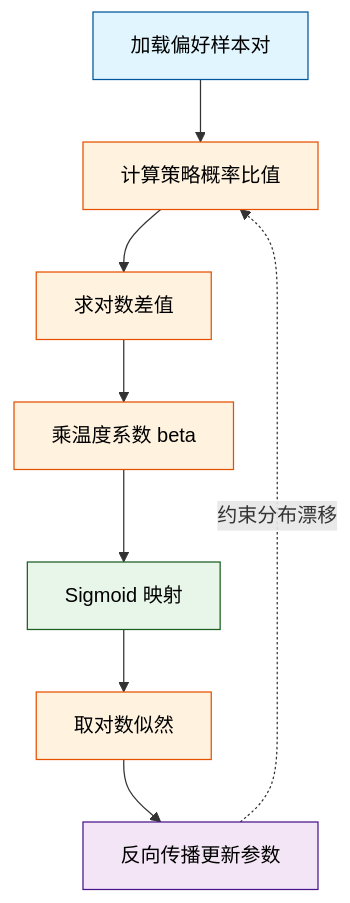
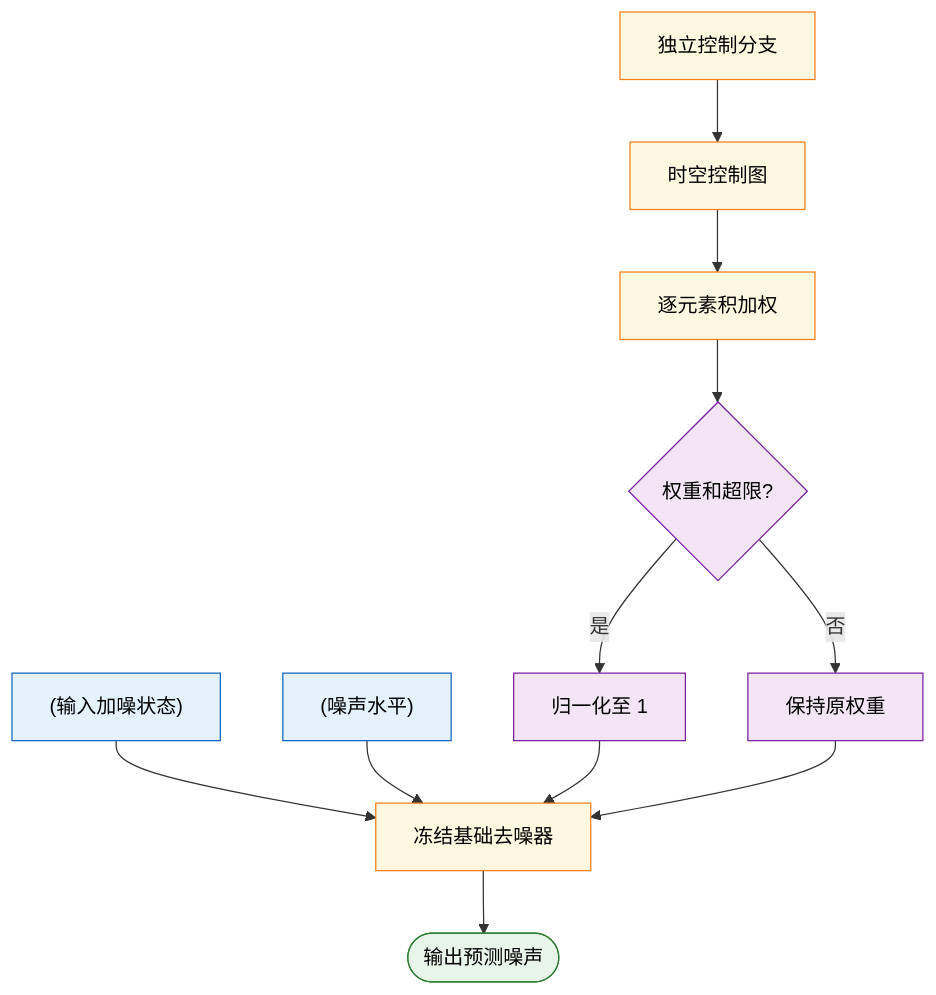
One commit to ShinewineW/paper-rolling changed the fifth of 11 diagrams in person_vault/2026-06-07_CosmosTransfer1_2503.14492/report.md. Above: the diagram before and after it, drawn with Mermaid. The commit also changed other lines of this file and 51 other files, not shown here.

````diff
--- a/person_vault/2026-06-07_CosmosTransfer1_2503.14492/report.md
+++ b/person_vault/2026-06-07_CosmosTransfer1_2503.14492/report.md
@@ -154,17 +246,18 @@
 ```mermaid
 flowchart TD
-    classDef data fill:#e1f5fe,stroke:#01579b,color:#000;
-    classDef process fill:#fff3e0,stroke:#e65100,color:#000;
-    classDef decision fill:#e8f5e9,stroke:#1b5e20,color:#000;
-    classDef output fill:#f3e5f5,stroke:#4a148c,color:#000;
+    classDef data fill:#e3f2fd,color:#000,stroke:#1565c0
+    classDef process fill:#fff8e1,color:#000,stroke:#f57f17
+    classDef decision fill:#f3e5f5,color:#000,stroke:#7b1fa2
+    classDef output fill:#e8f5e9,color:#000,stroke:#2e7d32
 
-    sample_pair["加载偏好样本对"]:::data --> calc_ratio["计算策略概率比值"]:::process
-    calc_ratio --> diff_logit["求对数差值"]:::process
-    diff_logit --> scale_beta["乘温度系数 beta"]:::process
-    scale_beta --> sigmoid_gate["Sigmoid 映射"]:::decision
-    sigmoid_gate --> log_loss["取对数似然"]:::process
-    log_loss --> grad_update["反向传播更新参数"]:::output
-    grad_update -. 约束分布漂移 .-> calc_ratio
-
-    %% 如何读图：主流程自上而下展示损失计算的数据流向。菱形节点代表非线性门控，圆角矩形为起止与处理步骤。虚线箭头表示 KL 正则项在优化循环中形成的隐式反馈回路，确保策略更新不脱离参考分布。
+    noisy_input["(输入加噪状态)"]:::data --> frozen_backbone
+    noise_level["(噪声水平)"]:::data --> frozen_backbone
+    control_branch["独立控制分支"]:::process --> spatiotemporal_map
+    spatiotemporal_map["时空控制图"]:::process --> elementwise_weight
+    elementwise_weight["逐元素积加权"]:::process --> weight_sum_check
+    weight_sum_check{权重和超限?}:::decision -->|是| normalize_gate["归一化至 1"]:::decision
+    weight_sum_check -->|否| direct_pass["保持原权重"]:::decision
+    normalize_gate --> frozen_backbone
+    direct_pass --> frozen_backbone
+    frozen_backbone["冻结基础去噪器"]:::process --> final_noise_pred(["输出预测噪声"]):::output
 ```
````
